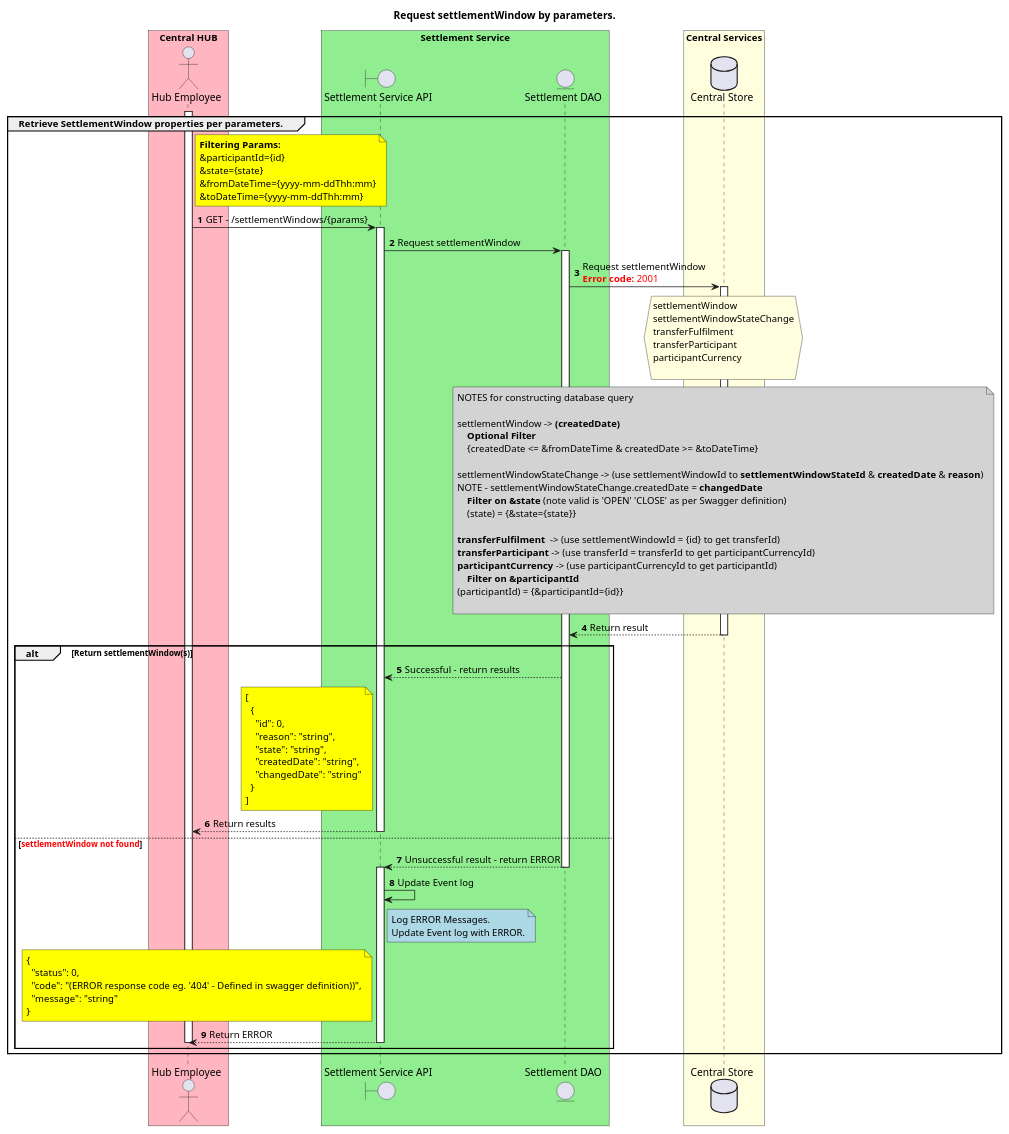
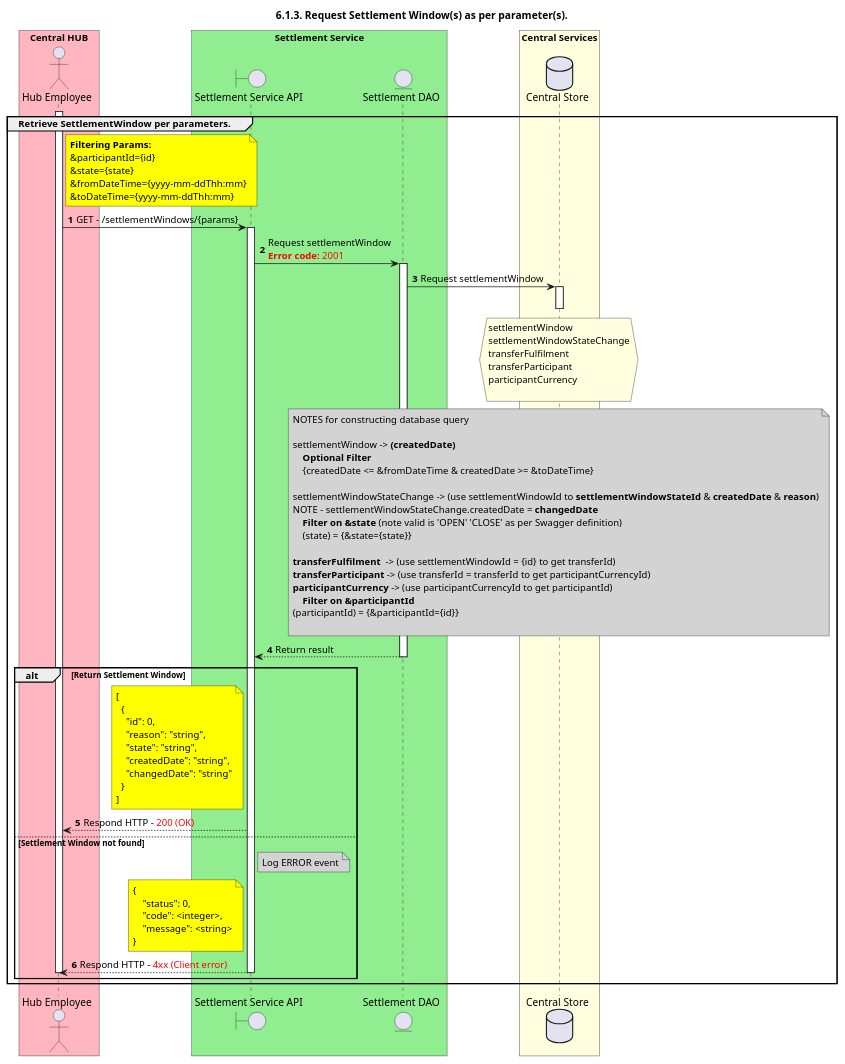
The diagram in CentralServices/seq_diagrams/seq-settleWindow-6.1.3.plantuml (HenkKodde/docs), drawn with PlantUML before and after one commit. The commit also changed 9 other files, not shown here.

Commit message:
Feature/#411DesignSettlementProcessing - updates as per Georgi.

```diff
--- a/CentralServices/seq_diagrams/seq-settleWindow-6.1.3.plantuml
+++ b/CentralServices/seq_diagrams/seq-settleWindow-6.1.3.plantuml
@@ -1,111 +1,105 @@
 @startuml
 ' declate title
-title Request settlementWindow by parameters.
-'6.1.3. getSettlementWindowByParams GET: /settlementWindows
+title 6.1.3. Request Settlement Window(s) as per parameter(s).
 
 autonumber
+
 ' declare actors
 
 actor "Hub Employee" as OPERATOR
-
 boundary "Settlement Service API" as SSAPI
 entity "Settlement DAO" as SETTLE_DAO
-
 database "Central Store" as DB
 
 box "Central HUB" #LightPink
     participant OPERATOR
 end box
 
 box "Settlement Service" #LightGreen
     participant SSAPI
     participant SETTLE_DAO
 end box
 
 box "Central Services" #LightYellow
     participant DB
 end box
 
 ' start flow
 
-group Retrieve SettlementWindow properties per parameters.
+group Retrieve SettlementWindow per parameters.
     activate OPERATOR
     note right of OPERATOR #Yellow
         **Filtering Params:**
         &participantId={id}
         &state={state}
         &fromDateTime={yyyy-mm-ddThh:mm}
         &toDateTime={yyyy-mm-ddThh:mm}
     end note
     OPERATOR -> SSAPI: GET - /settlementWindows/{params}
     activate SSAPI
-    SSAPI -> SETTLE_DAO: Request settlementWindow
+    SSAPI -> SETTLE_DAO: Request settlementWindow\n<color #FF0000><b>Error code:</b> 2001</color>
     activate SETTLE_DAO
-    SETTLE_DAO -> DB: Request settlementWindow \n<color #FF0000><b>Error code:</b> 2001</color>
+    SETTLE_DAO -> DB: Request settlementWindow
     activate DB
     hnote over DB #LightYellow
         settlementWindow
         settlementWindowStateChange
         transferFulfilment
         transferParticipant
         participantCurrency
 
     end hnote
     note over DB #LightGray
         NOTES for constructing database query
 
         settlementWindow -> **(createdDate)**
             **Optional Filter**
             {createdDate <= &fromDateTime & createdDate >= &toDateTime}
 
         settlementWindowStateChange -> (use settlementWindowId to **settlementWindowStateId** & **createdDate** & **reason**)
         NOTE - settlementWindowStateChange.createdDate = **changedDate**
             **Filter on &state** (note valid is 'OPEN' 'CLOSE' as per Swagger definition)
             (state) = {&state={state}}
 
         **transferFulfilment**  -> (use settlementWindowId = {id} to get transferId)
         **transferParticipant** -> (use transferId = transferId to get participantCurrencyId)
         **participantCurrency** -> (use participantCurrencyId to get participantId)
             **Filter on &participantId**
         (participantId) = {&participantId={id}}
 
     end note
-    SETTLE_DAO <-- DB: Return result
+    hnote over DB #LightYellow
+    end hnote
     deactivate DB
-    alt Return settlementWindow(s)
-        SSAPI <-- SETTLE_DAO: Successful - return results
+    SSAPI <-- SETTLE_DAO: Return result
+    deactivate SETTLE_DAO
+    alt Return Settlement Window
         note left of SSAPI #Yellow
           [
             {
               "id": 0,
               "reason": "string",
               "state": "string",
               "createdDate": "string",
               "changedDate": "string"
             }
           ]
         end note
-        OPERATOR <-- SSAPI: Return results
-        deactivate SSAPI
-    else <color #FF0000><b>settlementWindow not found</b></color>
-        SSAPI <-- SETTLE_DAO: Unsuccessful result - return ERROR
-        deactivate SETTLE_DAO
-        activate SSAPI
-        SSAPI -> SSAPI: Update Event log
-        note right of SSAPI #LightBlue
-            Log ERROR Messages.
-            Update Event log with ERROR.
+        OPERATOR <-- SSAPI: Respond HTTP - <color #FF0000>200 (OK)</color>
+    else Settlement Window not found
+        note right of SSAPI #lightgray
+            Log ERROR event
         end note
-        note left of SSAPI #Yellow
+        note left of SSAPI #yellow
             {
-              "status": 0,
-              "code": "(ERROR response code eg. '404' - Defined in swagger definition))",
-              "message": "string"
+                "status": 0,
+                "code": <integer>,
+                "message": <string>
             }
         end note
-        OPERATOR <-- SSAPI: Return ERROR
+        OPERATOR <-- SSAPI: Respond HTTP - <color #FF0000>4xx (Client error)</color>
         deactivate SSAPI
     deactivate OPERATOR
     end
 end
 @enduml
```
